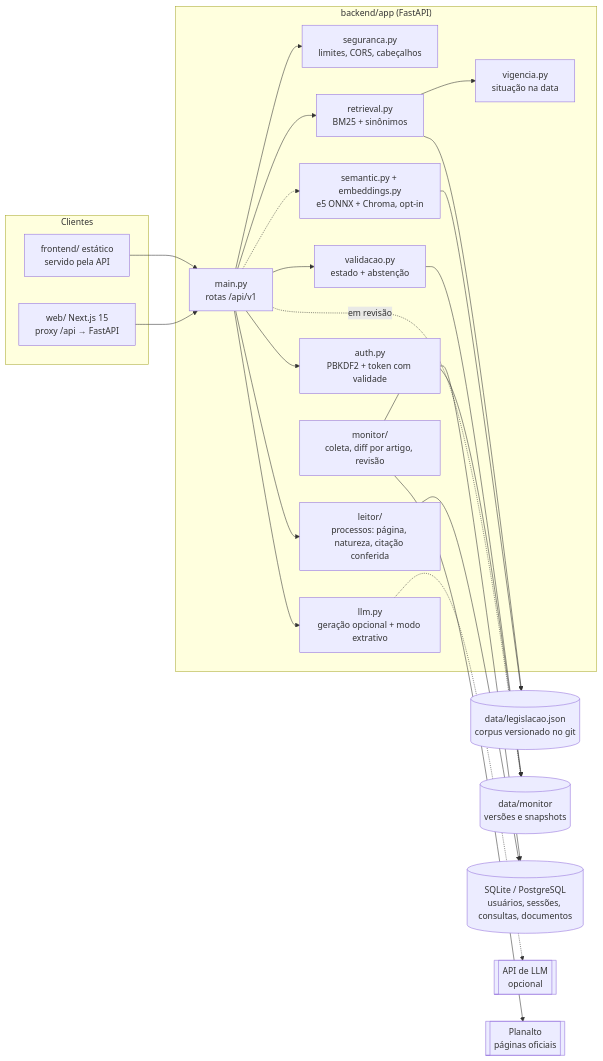
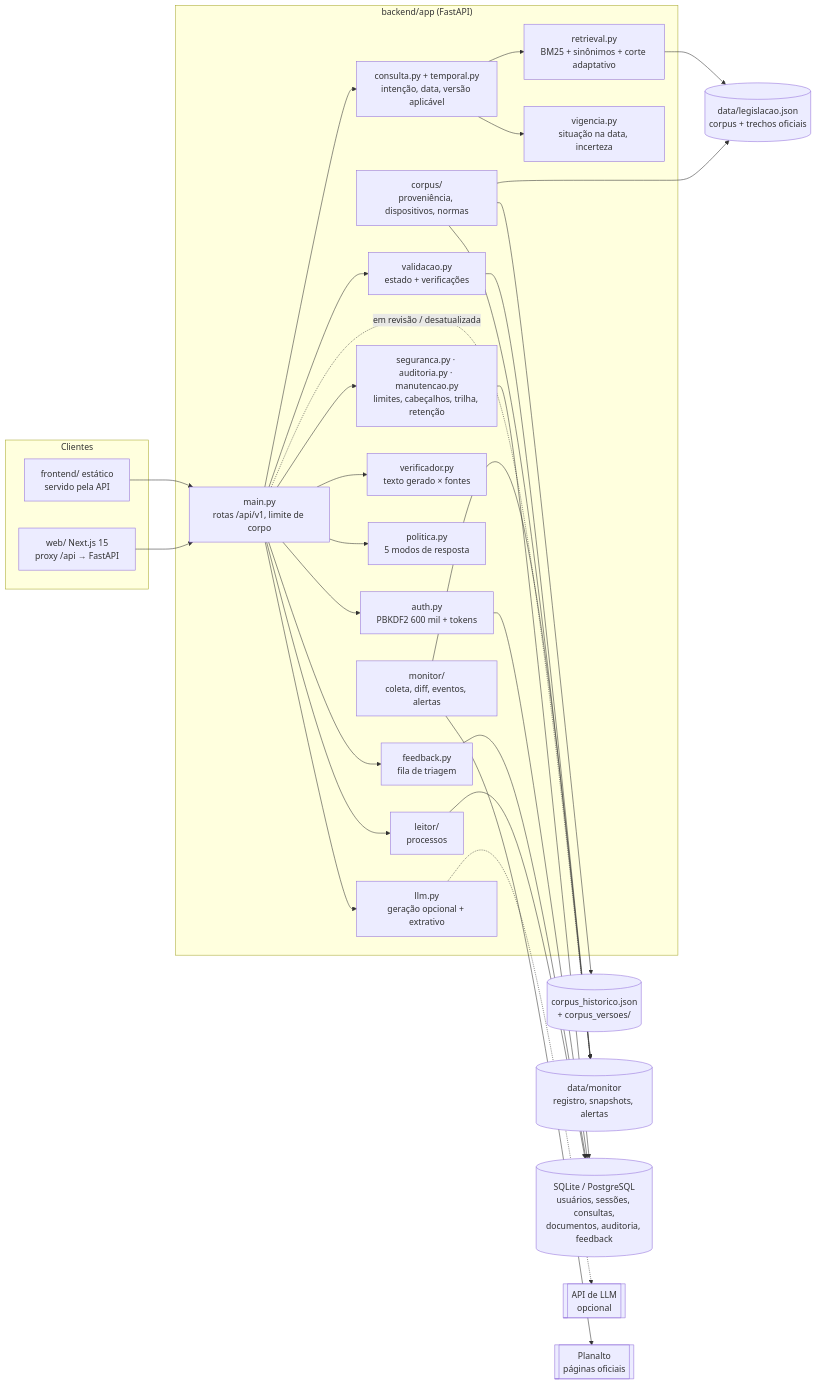
One commit to robertochiocca/DireitoAberto changed the diagram in docs/architecture.md. Above: the diagram before and after it, drawn with Mermaid. The commit also changed other lines of this file and 367 other files, not shown here.

````diff
--- a/docs/architecture.md
+++ b/docs/architecture.md
@@ -7,37 +7,47 @@
 ```mermaid
 flowchart LR
   subgraph Clientes
     E[frontend/ estático<br>servido pela API]
     N[web/ Next.js 15<br>proxy /api → FastAPI]
   end
   subgraph API["backend/app (FastAPI)"]
-    M[main.py<br>rotas /api/v1]
-    SEG[seguranca.py<br>limites, CORS, cabeçalhos]
-    A[auth.py<br>PBKDF2 + token com validade]
-    R[retrieval.py<br>BM25 + sinônimos]
-    S[semantic.py + embeddings.py<br>e5 ONNX + Chroma, opt-in]
-    V[vigencia.py<br>situação na data]
-    VAL[validacao.py<br>estado + abstenção]
-    L[llm.py<br>geração opcional + modo extrativo]
-    LE[leitor/<br>processos: página, natureza, citação conferida]
-    MO[monitor/<br>coleta, diff por artigo, revisão]
+    M[main.py<br>rotas /api/v1, limite de corpo]
+    SEG[seguranca.py · auditoria.py · manutencao.py<br>limites, cabeçalhos, trilha, retenção]
+    A[auth.py<br>PBKDF2 600 mil + tokens]
+    CQ[consulta.py + temporal.py<br>intenção, data, versão aplicável]
+    R[retrieval.py<br>BM25 + sinônimos + corte adaptativo]
+    V[vigencia.py<br>situação na data, incerteza]
+    VAL[validacao.py<br>estado + verificações]
+    L[llm.py<br>geração opcional + extrativo]
+    VER[verificador.py<br>texto gerado × fontes]
+    POL[politica.py<br>5 modos de resposta]
+    FB[feedback.py<br>fila de triagem]
+    LE[leitor/<br>processos]
+    MO[monitor/<br>coleta, diff, eventos, alertas]
+    CO[corpus/<br>proveniência, dispositivos, normas]
   end
-  C[(data/legislacao.json<br>corpus versionado no git)]
-  MD[(data/monitor<br>versões e snapshots)]
-  B[(SQLite / PostgreSQL<br>usuários, sessões, consultas, documentos)]
+  C[(data/legislacao.json<br>corpus + trechos oficiais)]
+  H[(corpus_historico.json<br>+ corpus_versoes/)]
+  MD[(data/monitor<br>registro, snapshots, alertas)]
+  B[(SQLite / PostgreSQL<br>usuários, sessões, consultas,<br>documentos, auditoria, feedback)]
   X[[API de LLM<br>opcional]]
   P[[Planalto<br>páginas oficiais]]
   E --> M
   N --> M
-  M --> SEG
+  M --> SEG --> B
   M --> A --> B
-  M --> R --> C
-  M -.-> S --> C
-  R --> V
+  M --> CQ --> R --> C
+  CQ --> V
   M --> VAL --> MD
   M --> L -.-> X
+  M --> VER
+  M --> POL
+  M --> FB --> B
   M --> LE --> B
   MO --> P
   MO --> MD
-  M -. "em revisão" .-> MD
+  CO --> MD
+  CO --> C
+  CO --> H
+  M -. "em revisão / desatualizada" .-> MD
 ```
````
